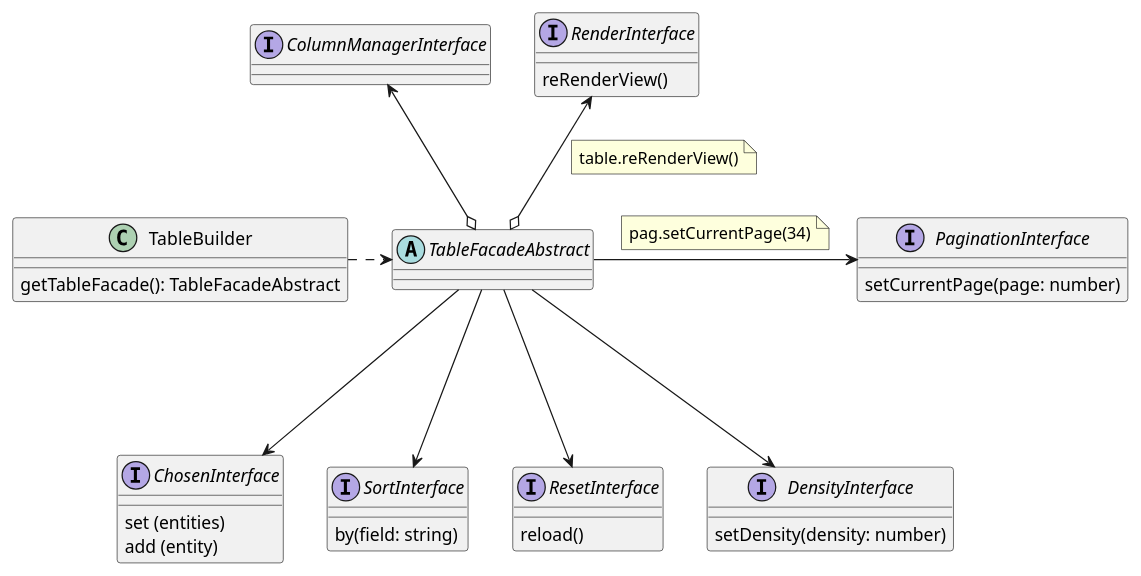
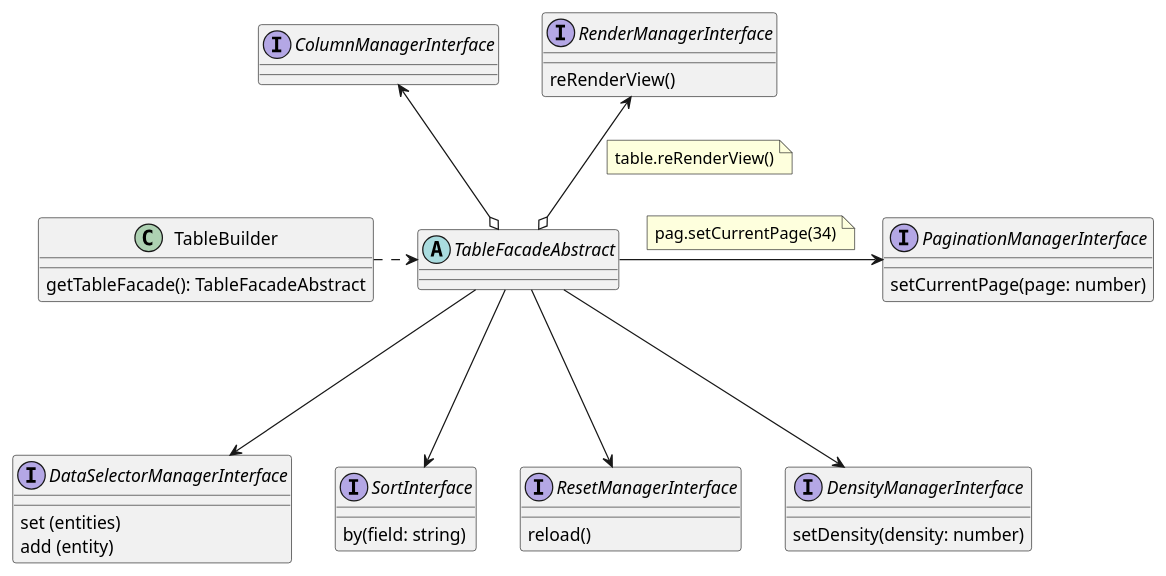
One commit to gothic-prince/table-component-es changed the diagram in src/Builders/TableBuilder/TableBuilder.puml. Above: the diagram before and after it, drawn with PlantUML. The commit also changed 79 other files, not shown here.

```diff
--- a/src/Builders/TableBuilder/TableBuilder.puml
+++ b/src/Builders/TableBuilder/TableBuilder.puml
@@ -1,47 +1,47 @@
 @startuml
 interface ColumnManagerInterface {
 
 }
-interface RenderInterface {
+interface RenderManagerInterface {
   reRenderView()
 }
-interface PaginationInterface {
+interface PaginationManagerInterface {
   setCurrentPage(page: number)
 }
-interface ChosenInterface {
+interface DataSelectorManagerInterface {
   set (entities)
   add (entity)
 }
 interface SortInterface {
   by(field: string)
 }
-interface ResetInterface {
+interface ResetManagerInterface {
   reload()
 }
-interface DensityInterface {
+interface DensityManagerInterface {
   setDensity(density: number)
 }
 abstract class TableFacadeAbstract {
 
 }
 class TableBuilder {
   getTableFacade(): TableFacadeAbstract
 }
 
 TableBuilder .> TableFacadeAbstract
 
 ColumnManagerInterface <--o TableFacadeAbstract
-RenderInterface <--o TableFacadeAbstract
+RenderManagerInterface <--o TableFacadeAbstract
 note left on link
 table.reRenderView()
 end note
 
-TableFacadeAbstract -> PaginationInterface
+TableFacadeAbstract -> PaginationManagerInterface
 note left on link
 pag.setCurrentPage(34)
 end note
-TableFacadeAbstract ---> DensityInterface
-TableFacadeAbstract ---> ResetInterface
+TableFacadeAbstract ---> DensityManagerInterface
+TableFacadeAbstract ---> ResetManagerInterface
 TableFacadeAbstract ---> SortInterface
-TableFacadeAbstract ---> ChosenInterface
+TableFacadeAbstract ---> DataSelectorManagerInterface
 @enduml
```
